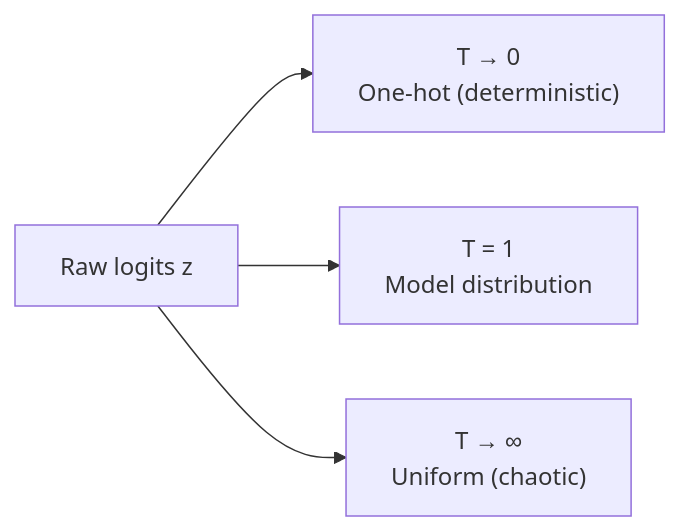
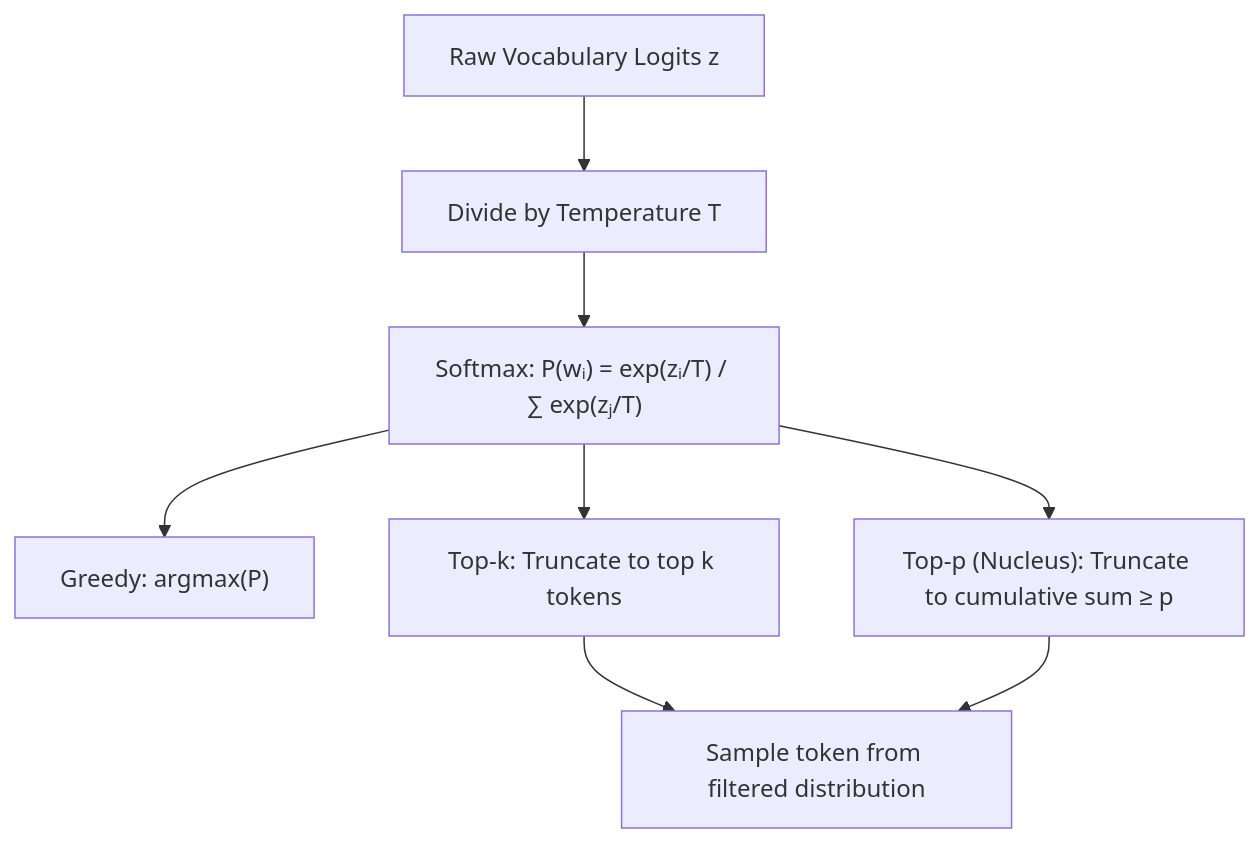
The third of 6 diagrams in content/docs/ai-agents/agentic-ai/03-moe-decoding-and-inference.mdx (1345AbhishekKumar/cs-cookbook), drawn with Mermaid before and after one commit. The commit also changed other lines of this file and 299 other files, not shown here.

````diff
--- a/content/docs/ai-agents/agentic-ai/03-moe-decoding-and-inference.mdx
+++ b/content/docs/ai-agents/agentic-ai/03-moe-decoding-and-inference.mdx
@@ -101,6 +126,12 @@
 ```mermaid
-flowchart LR
-    Logits["Raw logits z"] --> T0["T → 0<br/>One-hot (deterministic)"]
-    Logits --> T1["T = 1<br/>Model distribution"]
-    Logits --> Tinf["T → ∞<br/>Uniform (chaotic)"]
+flowchart TD
+    Logits["Raw Vocabulary Logits z"] --> Div["Divide by Temperature T"]
+    Div --> Softmax["Softmax: P(wᵢ) = exp(zᵢ/T) / ∑ exp(zⱼ/T)"]
+    
+    Softmax --> Greedy["Greedy: argmax(P)"]
+    Softmax --> TopK["Top-k: Truncate to top k tokens"]
+    Softmax --> TopP["Top-p (Nucleus): Truncate to cumulative sum ≥ p"]
+    
+    TopK --> Sample["Sample token from filtered distribution"]
+    TopP --> Sample
 ```
````
